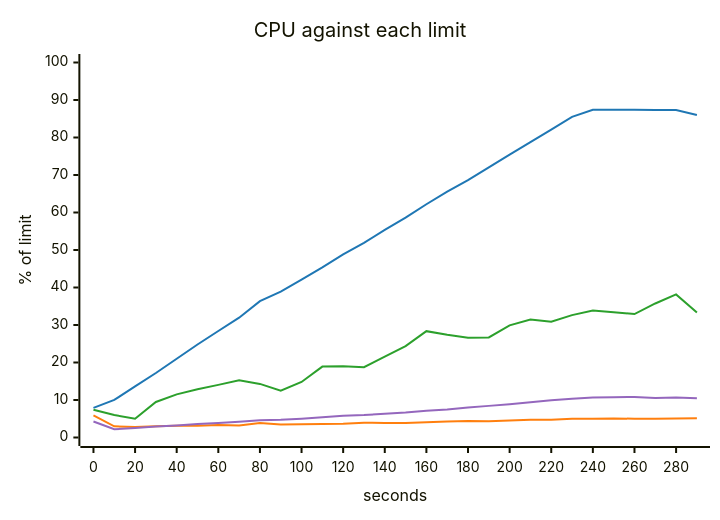
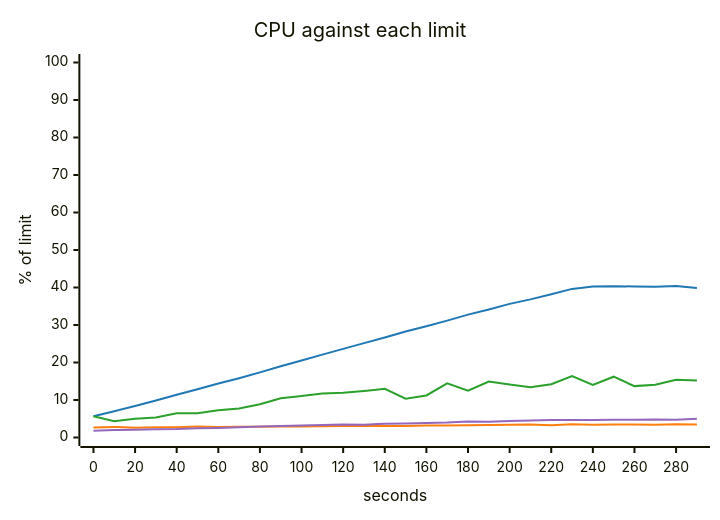
Before and after one commit to akinfemi/load-lore: the fifth of 5 diagrams in scenarios/live-vote/solutions/redis-tally/report.md, drawn with Mermaid. The commit also changed other lines of this file and 125 other files, not shown here.

````diff
--- a/scenarios/live-vote/solutions/redis-tally/report.md
+++ b/scenarios/live-vote/solutions/redis-tally/report.md
@@ -93,17 +94,17 @@
 ```mermaid
 ---
 config:
   themeVariables:
     xyChart:
       backgroundColor: "transparent"
       plotColorPalette: "#1f77b4, #ff7f0e, #2ca02c, #9467bd"
 ---
 xychart-beta
     title "CPU against each limit"
     x-axis "seconds" 0 --> 290
     y-axis "% of limit" 0 --> 100
-    line [7.889, 10.02, 13.634, 17.201, 20.994, 24.804, 28.401, 31.944, 36.356, 38.903, 42.104, 45.37, 48.815, 51.909, 55.384, 58.614, 62.195, 65.575, 68.615, 72.048, 75.411, 78.787, 82.093, 85.499, 87.373, 87.371, 87.367, 87.339, 87.359, 86.022]
-    line [5.89, 2.996, 2.806, 2.992, 3.107, 3.141, 3.321, 3.233, 3.87, 3.487, 3.517, 3.573, 3.652, 3.914, 3.9, 3.896, 4.087, 4.246, 4.369, 4.328, 4.54, 4.728, 4.703, 5.011, 4.973, 5.096, 4.998, 4.975, 5.059, 5.115]
-    line [7.398, 5.986, 4.993, 9.467, 11.511, 12.867, 14.031, 15.247, 14.289, 12.503, 14.804, 18.912, 19.001, 18.762, 21.542, 24.389, 28.357, 27.395, 26.615, 26.693, 29.913, 31.478, 30.896, 32.634, 33.859, 33.396, 32.928, 35.742, 38.163, 33.346]
-    line [4.28, 2.198, 2.51, 2.921, 3.219, 3.578, 3.848, 4.204, 4.619, 4.712, 4.988, 5.386, 5.817, 5.998, 6.322, 6.664, 7.159, 7.451, 7.969, 8.433, 8.891, 9.431, 9.958, 10.342, 10.655, 10.747, 10.808, 10.529, 10.691, 10.48]
+    line [5.684, 6.996, 8.397, 9.87, 11.38, 12.888, 14.388, 15.821, 17.364, 18.98, 20.516, 22.092, 23.625, 25.159, 26.665, 28.262, 29.683, 31.165, 32.765, 34.157, 35.63, 36.827, 38.221, 39.629, 40.259, 40.364, 40.264, 40.219, 40.375, 39.837]
+    line [2.696, 2.831, 2.599, 2.739, 2.748, 2.916, 2.79, 2.87, 2.887, 2.95, 2.955, 2.99, 3.042, 3.087, 3.061, 3.077, 3.22, 3.2, 3.264, 3.305, 3.386, 3.439, 3.248, 3.517, 3.42, 3.445, 3.485, 3.401, 3.521, 3.484]
+    line [5.655, 4.357, 5.008, 5.357, 6.455, 6.469, 7.293, 7.716, 8.868, 10.458, 11.075, 11.717, 11.942, 12.415, 12.966, 10.333, 11.221, 14.443, 12.514, 14.9, 14.143, 13.404, 14.215, 16.399, 14.002, 16.211, 13.702, 14.083, 15.37, 15.226]
+    line [1.806, 1.999, 2.092, 2.217, 2.251, 2.461, 2.553, 2.742, 2.907, 3.034, 3.226, 3.327, 3.487, 3.424, 3.688, 3.766, 3.845, 3.989, 4.262, 4.192, 4.384, 4.556, 4.655, 4.671, 4.695, 4.715, 4.765, 4.819, 4.73, 4.993]
 ```
````
